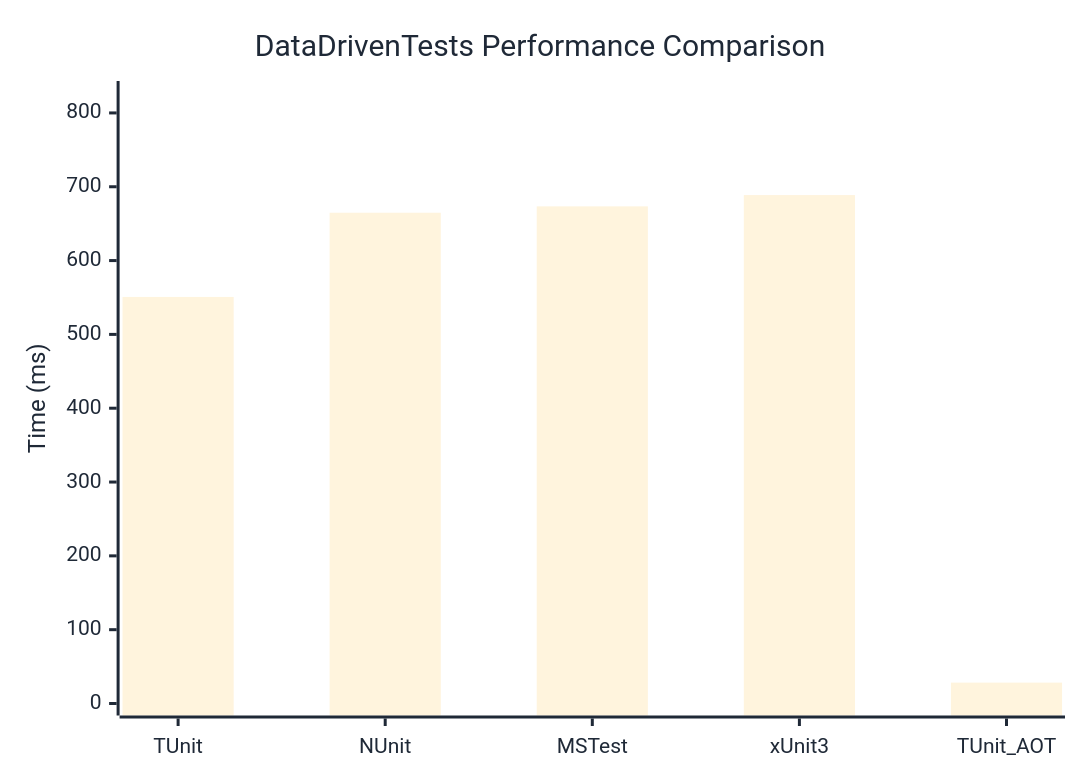
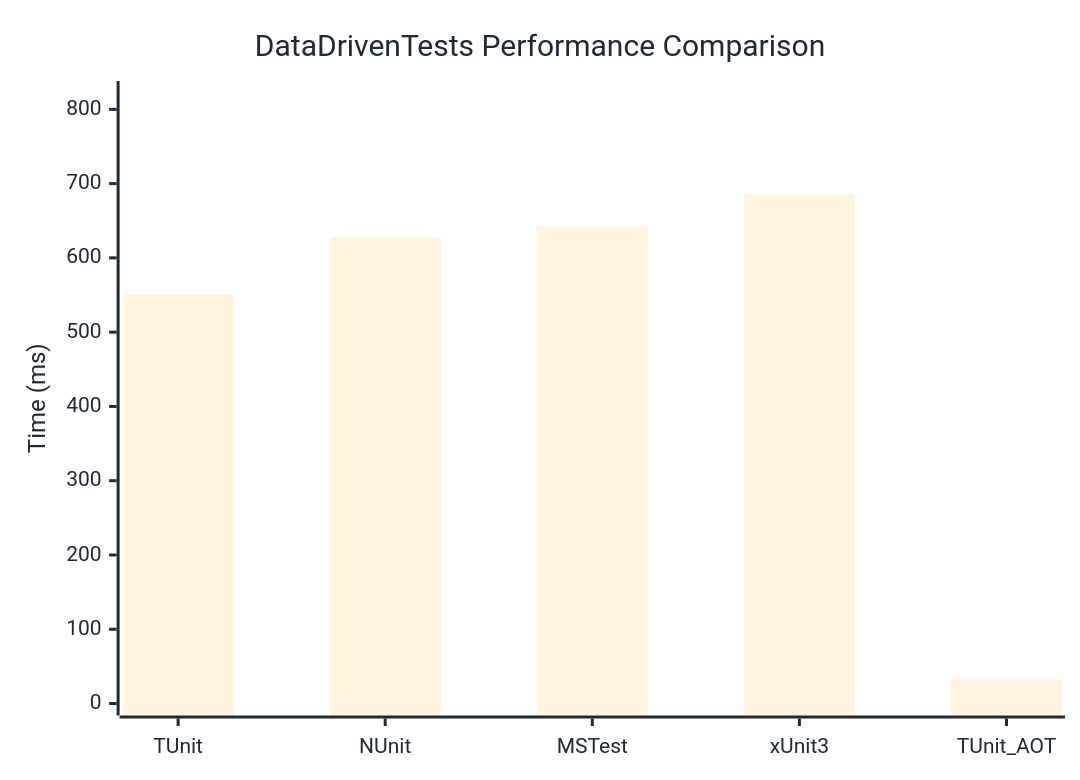
Before and after one commit to thomhurst/TUnit: the diagram in docs/docs/benchmarks/DataDrivenTests.md, drawn with Mermaid. The commit also changed other lines of this file and 17 other files, not shown here.

````diff
--- a/docs/docs/benchmarks/DataDrivenTests.md
+++ b/docs/docs/benchmarks/DataDrivenTests.md
@@ -27,37 +27,37 @@
 ```mermaid
 %%{init: {
   'theme':'base',
   'themeVariables': {
     'primaryColor': '#2563eb',
     'primaryTextColor': '#1f2937',
     'primaryBorderColor': '#1e40af',
     'lineColor': '#6b7280',
     'secondaryColor': '#7c3aed',
     'tertiaryColor': '#dc2626',
     'background': '#ffffff',
     'mainBkg': '#2563eb',
     'secondBkg': '#7c3aed',
     'tertiaryBkg': '#dc2626',
     'clusterBkg': '#f3f4f6',
     'edgeLabelBackground': '#ffffff',
     'tertiaryTextColor': '#1f2937',
     'pie1': '#2563eb',
     'pie2': '#7c3aed',
     'pie3': '#dc2626',
     'pie4': '#f59e0b',
     'pie5': '#10b981',
     'pie6': '#06b6d4',
     'pie7': '#ec4899',
     'pie8': '#6366f1',
     'pie9': '#84cc16',
     'pie10': '#f97316',
     'pie11': '#14b8a6',
     'pie12': '#a855f7'
   }
 }}%%
 xychart-beta
   title "DataDrivenTests Performance Comparison"
   x-axis ["TUnit", "NUnit", "MSTest", "xUnit3", "TUnit_AOT"]
-  y-axis "Time (ms)" 0 --> 827
-  bar [550.75, 664.82, 673.45, 688.72, 28.3]
+  y-axis "Time (ms)" 0 --> 822
+  bar [551.15, 627.68, 641.36, 684.94, 32.54]
 ```
````
